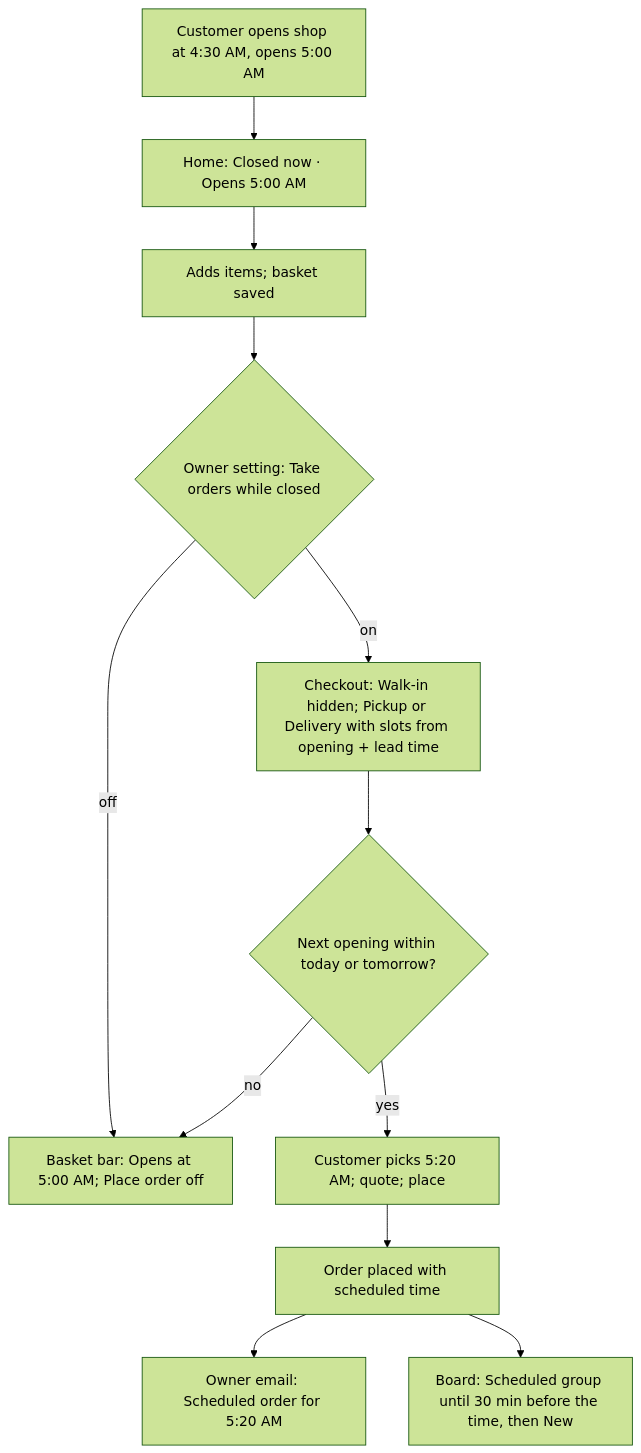
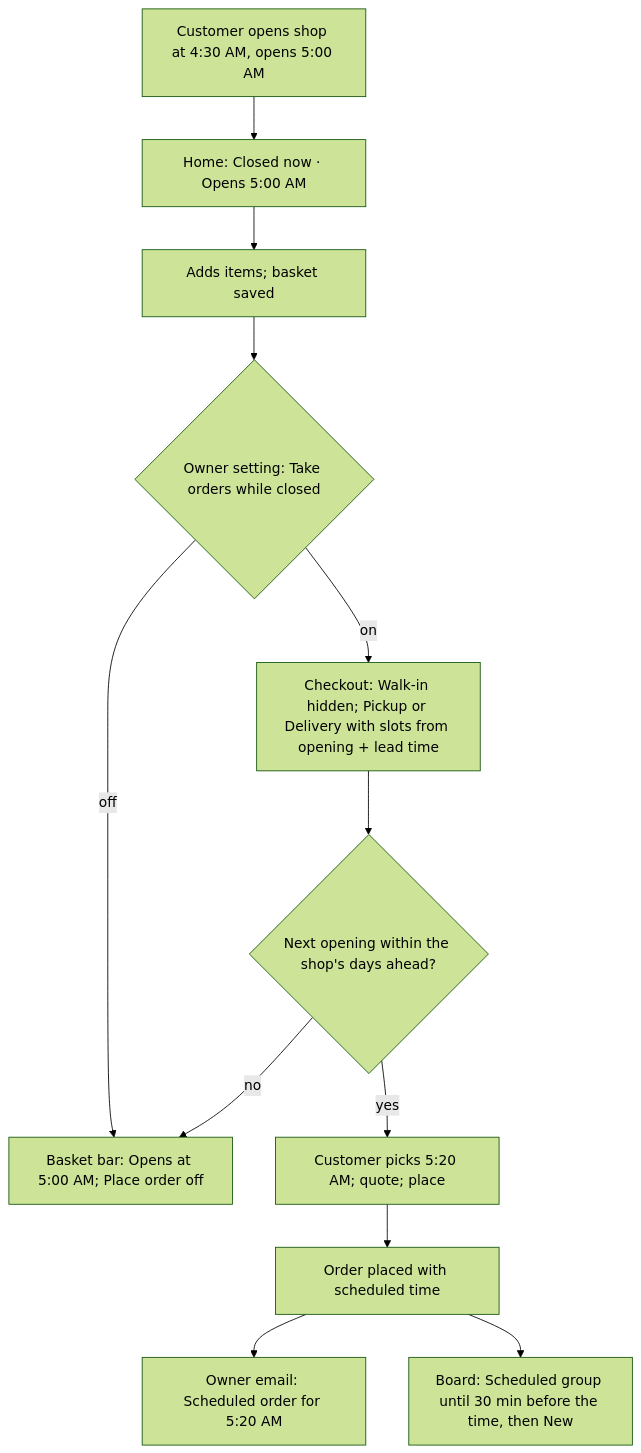
Before and after one commit to webserbisyo/Smart-App-PH---FINAL-2026: the fourth of 8 diagrams in docs/SMART_APP_PH_BLUEPRINT.md, drawn with Mermaid (forest theme). The commit also changed other lines of this file and 21 other files, not shown here.

````diff
--- a/docs/SMART_APP_PH_BLUEPRINT.md
+++ b/docs/SMART_APP_PH_BLUEPRINT.md
@@ -578,14 +578,14 @@
 ```mermaid
 flowchart TD
     A["Customer opens shop at 4:30 AM, opens 5:00 AM"] --> B["Home: Closed now · Opens 5:00 AM"]
     B --> C["Adds items; basket saved"]
     C --> D{"Owner setting: Take orders while closed"}
     D -- on --> E["Checkout: Walk-in hidden; Pickup or Delivery with slots from opening + lead time"]
     D -- off --> F["Basket bar: Opens at 5:00 AM; Place order off"]
-    E --> G{"Next opening within today or tomorrow?"}
+    E --> G{"Next opening within the shop's days ahead?"}
     G -- yes --> H["Customer picks 5:20 AM; quote; place"]
     G -- no --> F
     H --> I["Order placed with scheduled time"]
     I --> J["Owner email: Scheduled order for 5:20 AM"]
     I --> K["Board: Scheduled group until 30 min before the time, then New"]
 ```
````
